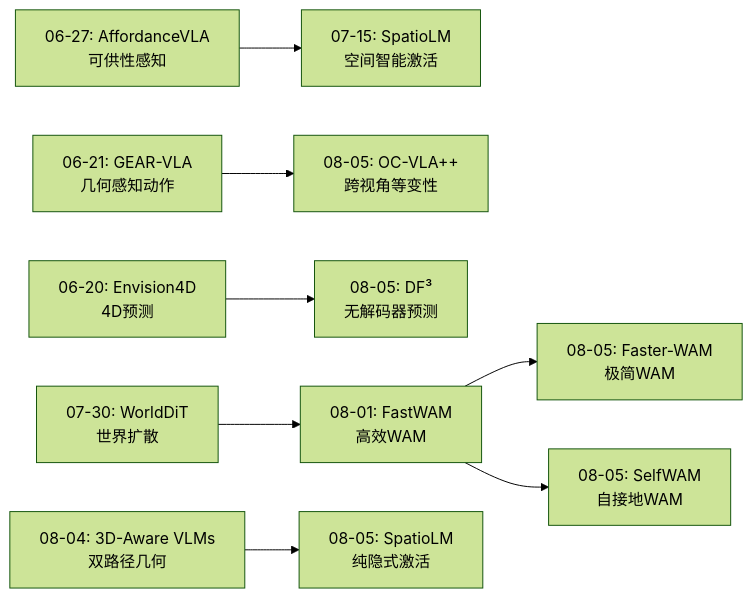
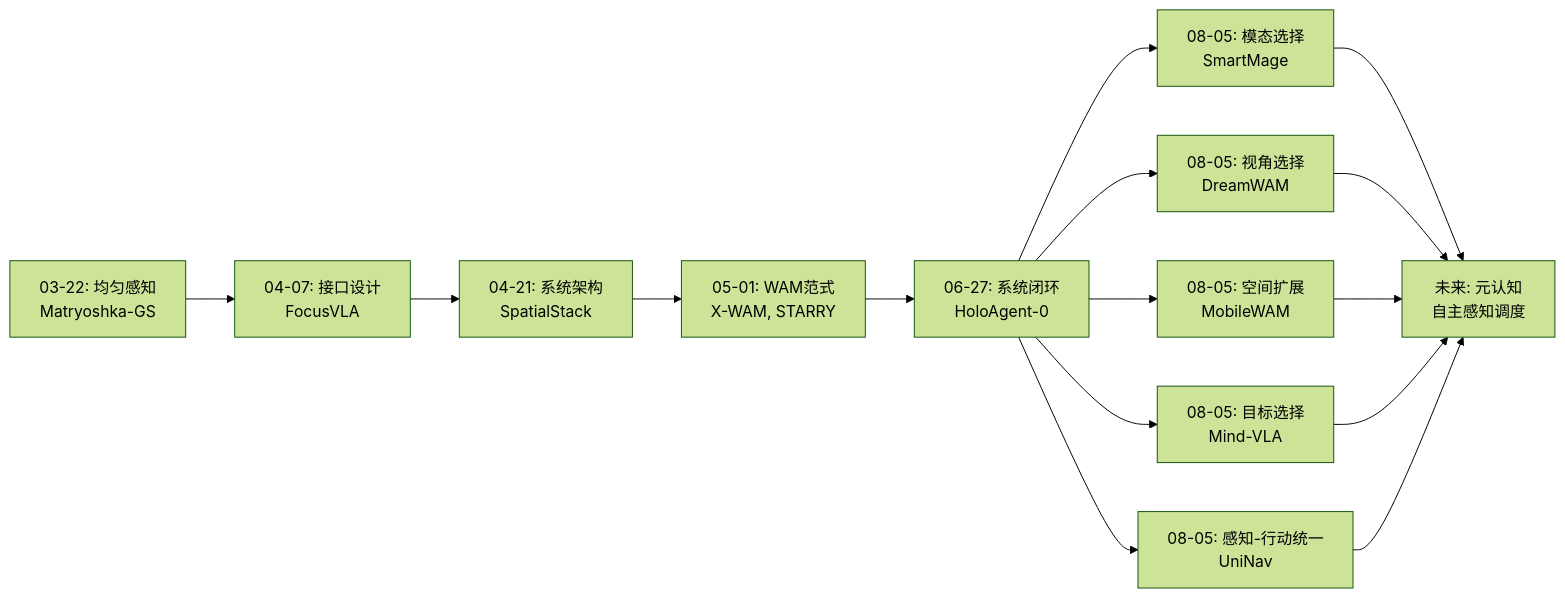
The second of 4 diagrams in daily_thinking/2026-08-05.md (ahangchen/spatial_agi), drawn with Mermaid (forest theme) before and after one commit. The commit also changed other lines of this file and 6 other files, not shown here.

````diff
--- a/daily_thinking/2026-08-05.md
+++ b/daily_thinking/2026-08-05.md
@@ -130,10 +186,17 @@
 ```mermaid
 graph LR
-    A["06-27: AffordanceVLA<br/>可供性感知"] --> B["07-15: SpatioLM<br/>空间智能激活"]
-    C["06-21: GEAR-VLA<br/>几何感知动作"] --> D["08-05: OC-VLA++<br/>跨视角等变性"]
-    E["06-20: Envision4D<br/>4D预测"] --> F["08-05: DF³<br/>无解码器预测"]
-    G["07-30: WorldDiT<br/>世界扩散"] --> H["08-01: FastWAM<br/>高效WAM"]
-    H --> I["08-05: Faster-WAM<br/>极简WAM"]
-    H --> J["08-05: SelfWAM<br/>自接地WAM"]
-    K["08-04: 3D-Aware VLMs<br/>双路径几何"] --> L["08-05: SpatioLM<br/>纯隐式激活"]
+    A["03-22: 均匀感知<br/>Matryoshka-GS"] --> B["04-07: 接口设计<br/>FocusVLA"]
+    B --> C["04-21: 系统架构<br/>SpatialStack"]
+    C --> D["05-01: WAM范式<br/>X-WAM, STARRY"]
+    D --> E["06-27: 系统闭环<br/>HoloAgent-0"]
+    E --> F1["08-05: 模态选择<br/>SmartMage"]
+    E --> F2["08-05: 视角选择<br/>DreamWAM"]
+    E --> F3["08-05: 空间扩展<br/>MobileWAM"]
+    E --> F4["08-05: 目标选择<br/>Mind-VLA"]
+    E --> F5["08-05: 感知-行动统一<br/>UniNav"]
+    F1 --> G["未来: 元认知<br/>自主感知调度"]
+    F2 --> G
+    F3 --> G
+    F4 --> G
+    F5 --> G
 ```
````
